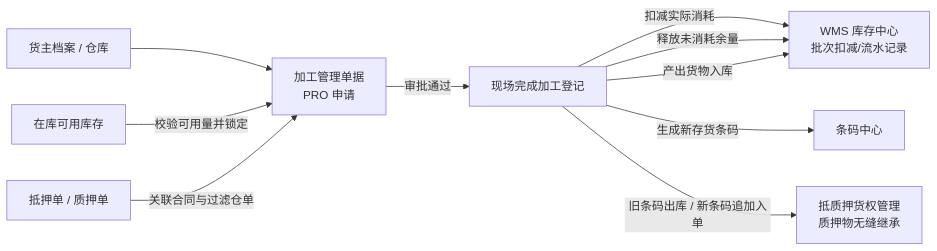
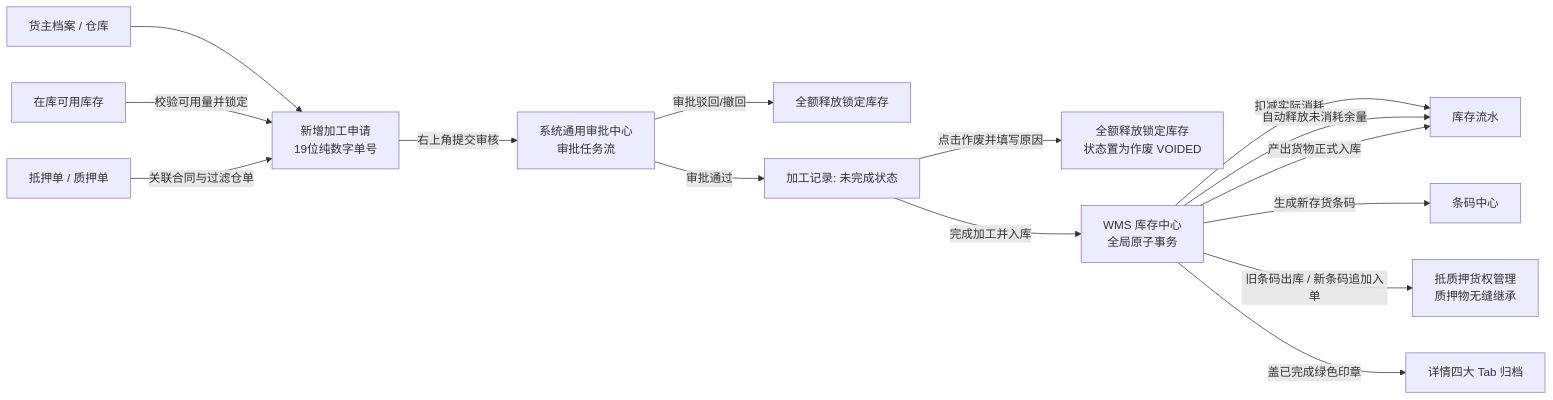
One commit to RobertHuang999/SYZC changed the diagram in 02-PRD文档/🌟🌟🌟-最新基准版/B端PC/02-仓储/14-加工管理-加工记录/加工管理主PRD.md. Above: the diagram before and after it, drawn with Mermaid. The commit also changed other lines of this file and 62 other files, not shown here.

````diff
--- a/02-PRD文档/🌟🌟🌟-最新基准版/B端PC/02-仓储/14-加工管理-加工记录/加工管理主PRD.md
+++ b/02-PRD文档/🌟🌟🌟-最新基准版/B端PC/02-仓储/14-加工管理-加工记录/加工管理主PRD.md
@@ -33,12 +33,17 @@
 ```mermaid
 flowchart LR
-    A[货主档案 / 仓库] --> D[加工管理单据<br/>PRO 申请]
+    A[货主档案 / 仓库] --> D[新增加工申请<br/>19位纯数字单号]
     B[在库可用库存] -->|校验可用量并锁定| D
     C[抵押单 / 质押单] -->|关联合同与过滤仓单| D
-    D -->|审批通过| E[现场完成加工登记]
-    E -->|扣减实际消耗| F[WMS 库存中心<br/>批次扣减/流水记录]
-    E -->|释放未消耗余量| F
-    E -->|产出货物入库| F
-    E -->|生成新存货条码| G[条码中心]
-    E -->|旧条码出库 / 新条码追加入单| H[抵质押货权管理<br/>质押物无缝继承]
+    D -->|右上角提交审核| SP[系统通用审批中心<br/>审批任务流]
+    SP -->|审批驳回/撤回| K1[全额释放锁定库存]
+    SP -->|审批通过| E[加工记录: 未完成状态]
+    E -->|点击作废并填写原因| K2[全额释放锁定库存<br/>状态置为作废 VOIDED]
+    E -->|完成加工并入库| F[WMS 库存中心<br/>全局原子事务]
+    F -->|扣减实际消耗| G[库存流水]
+    F -->|自动释放未消耗余量| G
+    F -->|产出货物正式入库| G
+    F -->|生成新存货条码| H[条码中心]
+    F -->|旧条码出库 / 新条码追加入单| I[抵质押货权管理<br/>质押物无缝继承]
+    F -->|盖已完成绿色印章| J[详情四大 Tab 归档]
 ```
````
